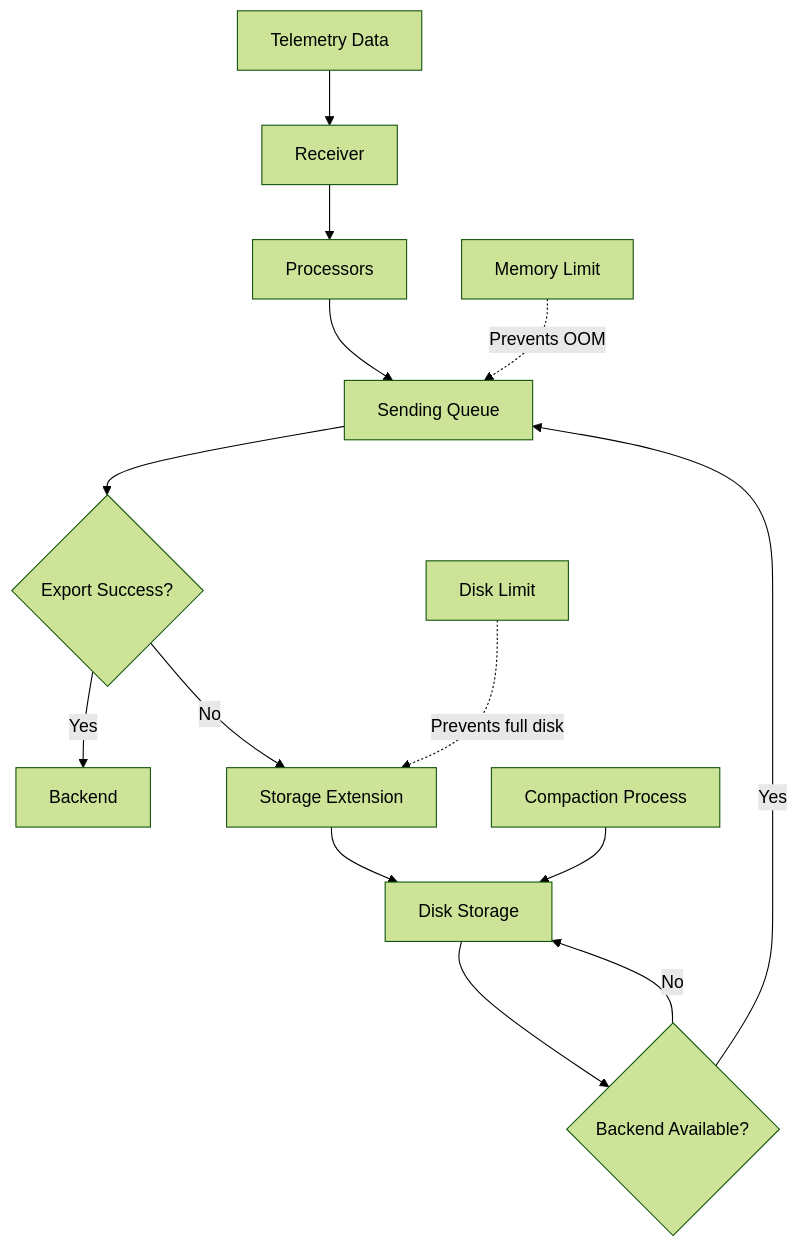
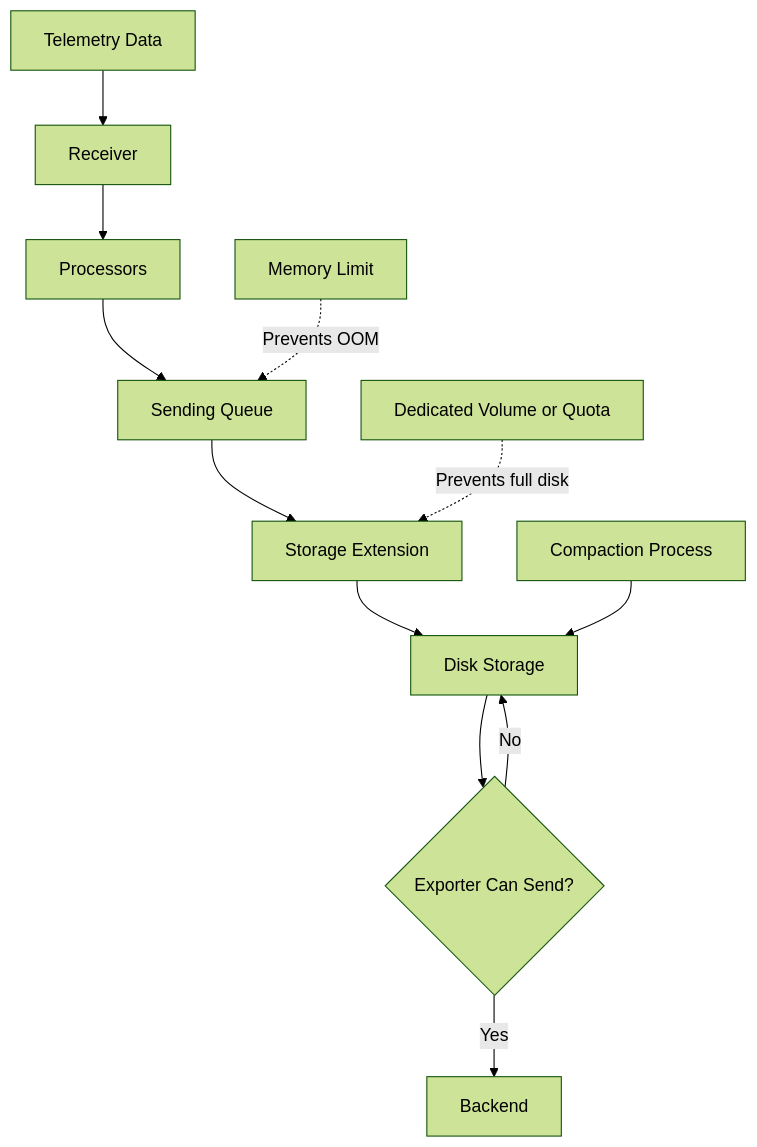
The second of 2 diagrams in posts/2026-02-06-storage-extension-opentelemetry-collector/README.md (OneUptime/blog), drawn with Mermaid (forest theme) before and after one commit. The commit also changed other lines of this file and 2 other files, not shown here.

Commit message:
validate: 2026-02-06-storage-extension-opentelemetry-collector

````diff
--- a/posts/2026-02-06-storage-extension-opentelemetry-collector/README.md
+++ b/posts/2026-02-06-storage-extension-opentelemetry-collector/README.md
@@ -482,22 +492,17 @@
 ```mermaid
 graph TB
     A[Telemetry Data] --> B[Receiver]
     B --> C[Processors]
     C --> D[Sending Queue]
 
-    D --> E{Export Success?}
-
+    D --> G[Storage Extension]
+    G --> H[Disk Storage]
+    H --> E{Exporter Can Send?}
     E -->|Yes| F[Backend]
-    E -->|No| G[Storage Extension]
-
-    G --> H[Disk Storage]
-
-    H --> I{Backend Available?}
-    I -->|Yes| D
-    I -->|No| H
+    E -->|No| H
 
     J[Compaction Process] --> H
 
     K[Memory Limit] -.->|Prevents OOM| D
-    L[Disk Limit] -.->|Prevents full disk| G
+    L[Dedicated Volume or Quota] -.->|Prevents full disk| G
 ```
````
